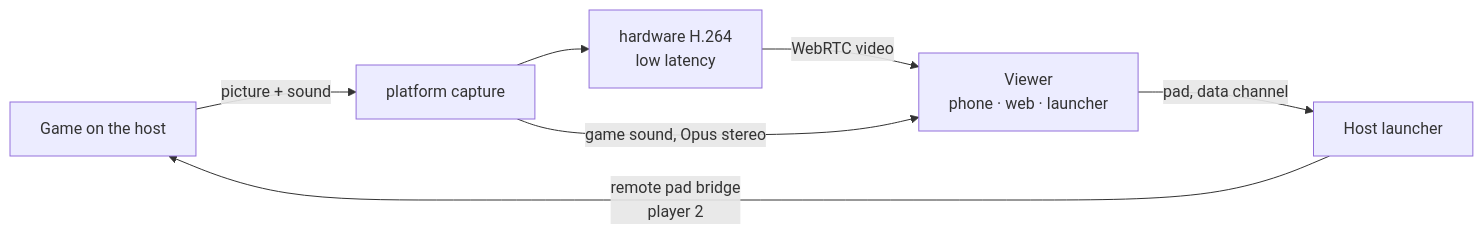
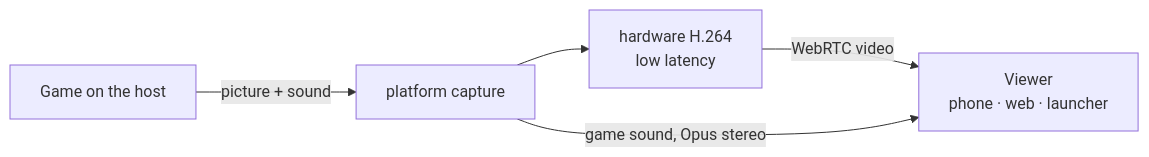
Before and after one commit to AnyTogether/AnyPS5-ARM: the diagram in docs/en/06-realtime-voice-shareplay.md, drawn with Mermaid. The commit also changed other lines of this file and 12 other files, not shown here.

````diff
--- a/docs/en/06-realtime-voice-shareplay.md
+++ b/docs/en/06-realtime-voice-shareplay.md
@@ -76,9 +88,7 @@
 ```mermaid
 flowchart LR
     G[Game on the host] -->|picture + sound| C[platform capture]
     C --> E[hardware H.264<br/>low latency]
     E -->|WebRTC video| V[Viewer<br/>phone · web · launcher]
     C -->|game sound, Opus stereo| V
-    V -->|pad, data channel| H[Host launcher]
-    H -->|remote pad bridge<br/>player 2| G
 ```
````
